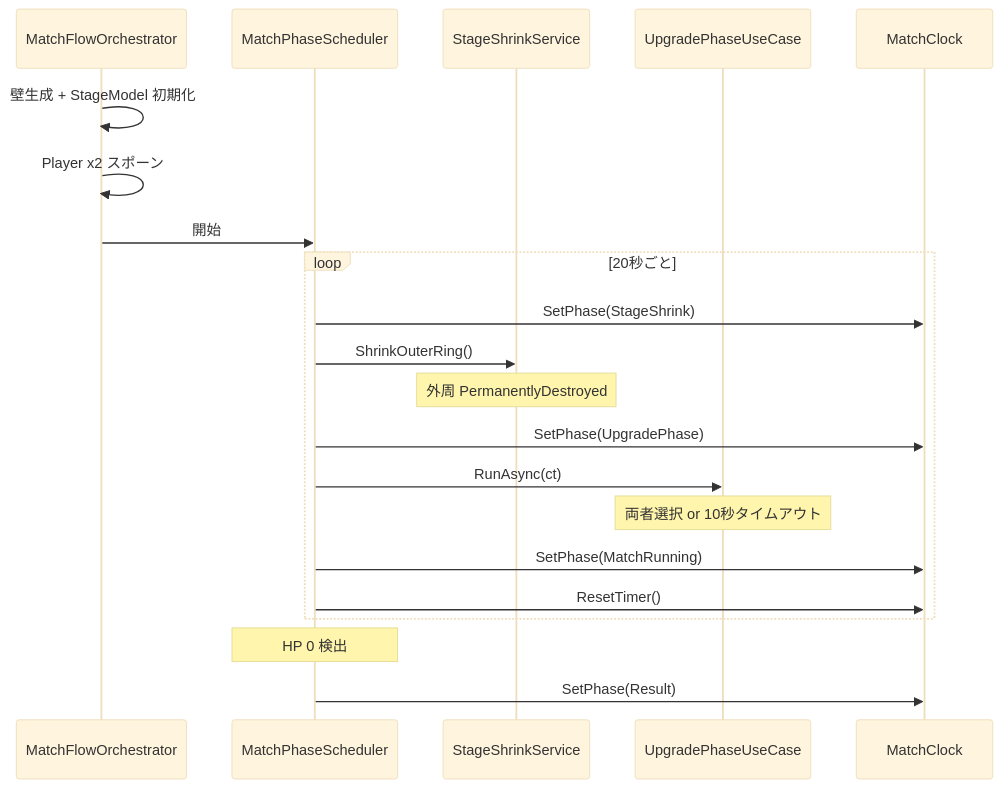
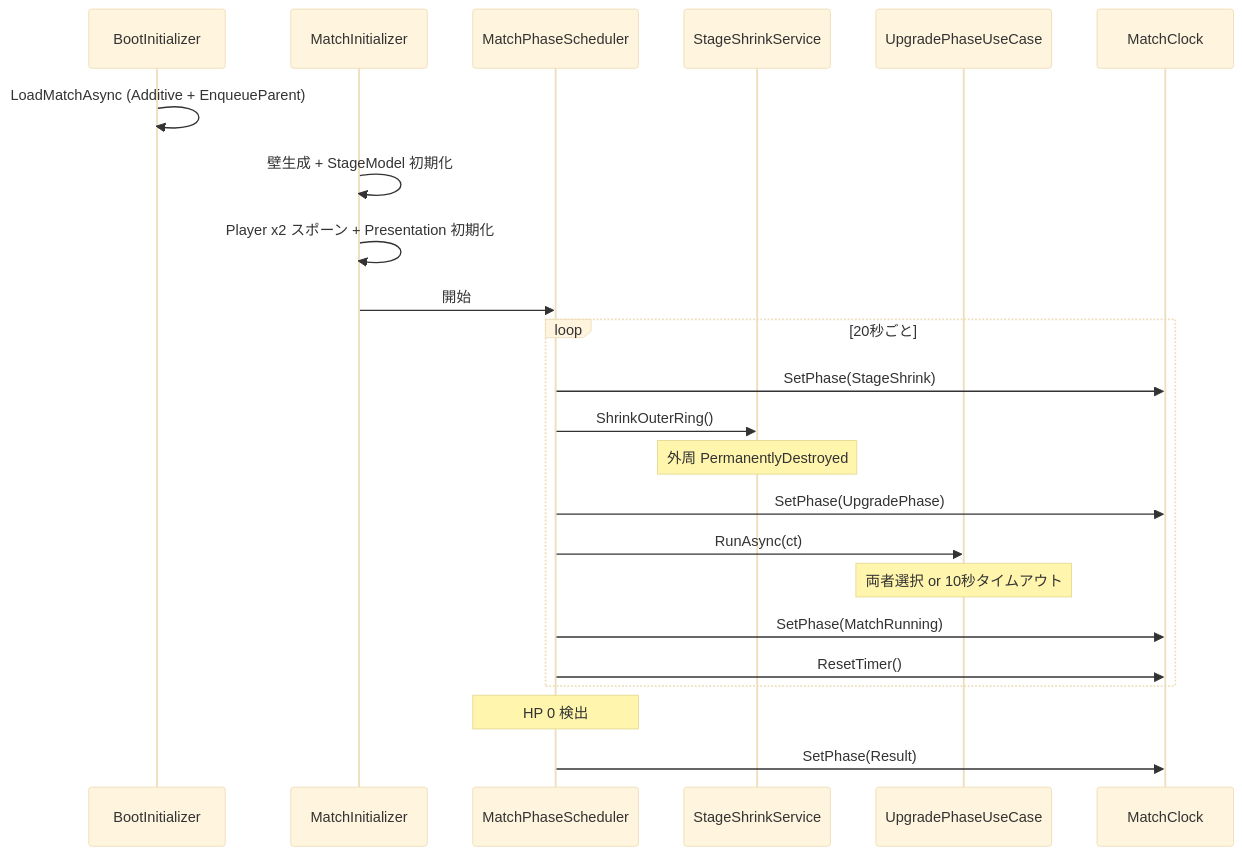
One commit to OUCC/2026-spring-hackathon-teamA changed the ninth of 10 diagrams in docs/architecture.md. Above: the diagram before and after it, drawn with Mermaid (base theme). The commit also changed other lines of this file and 2 other files, not shown here.

First line of the commit message:
docs: Boot シーンパターン導入に伴うドキュメント更新

````diff
--- a/docs/architecture.md
+++ b/docs/architecture.md
@@ -354,26 +371,28 @@
 ```mermaid
 sequenceDiagram
-    participant MFO as MatchFlowOrchestrator
+    participant BI as BootInitializer
+    participant MI as MatchInitializer
     participant MPS as MatchPhaseScheduler
     participant SS as StageShrinkService
     participant UP as UpgradePhaseUseCase
     participant MC as MatchClock
 
-    MFO->>MFO: 壁生成 + StageModel 初期化
-    MFO->>MFO: Player x2 スポーン
-    MFO->>MPS: 開始
+    BI->>BI: LoadMatchAsync (Additive + EnqueueParent)
+    MI->>MI: 壁生成 + StageModel 初期化
+    MI->>MI: Player x2 スポーン + Presentation 初期化
+    MI->>MPS: 開始
 
     loop 20秒ごと
         MPS->>MC: SetPhase(StageShrink)
         MPS->>SS: ShrinkOuterRing()
         Note over SS: 外周 PermanentlyDestroyed
         MPS->>MC: SetPhase(UpgradePhase)
         MPS->>UP: RunAsync(ct)
         Note over UP: 両者選択 or 10秒タイムアウト
         MPS->>MC: SetPhase(MatchRunning)
         MPS->>MC: ResetTimer()
     end
 
     Note over MPS: HP 0 検出
     MPS->>MC: SetPhase(Result)
 ```
````
